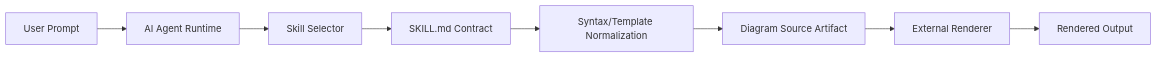
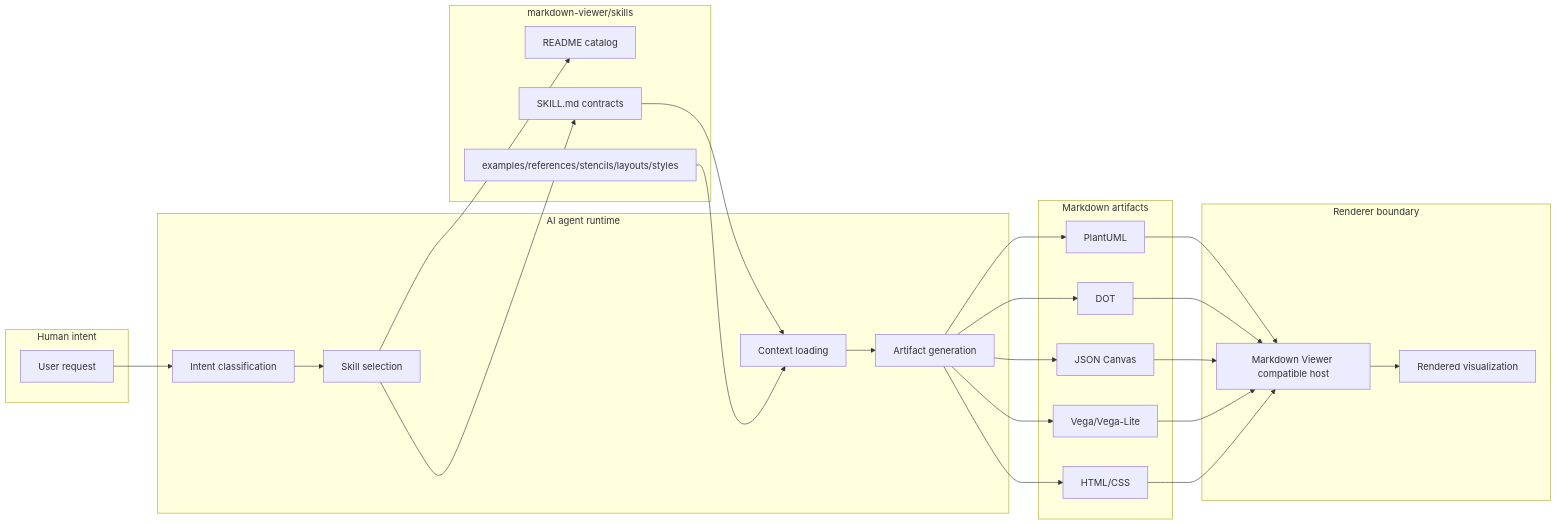
The first of 2 diagrams in markdown-viewer-architecture-study/research_report.md (Martin-Mythos/research), drawn with Mermaid before and after one commit. The commit also changed other lines of this file and 12 other files, not shown here.

Commit message:
Improve markdown-viewer architecture study evidence

````diff
--- a/markdown-viewer-architecture-study/research_report.md
+++ b/markdown-viewer-architecture-study/research_report.md
@@ -16,10 +43,36 @@
 ```mermaid
 flowchart LR
-    U[User Prompt] --> A[AI Agent Runtime]
-    A --> C[Skill Selector]
-    C --> S[SKILL.md Contract]
-    S --> N[Syntax/Template Normalization]
-    N --> O[Diagram Source Artifact]
-    O --> R[External Renderer]
-    R --> V[Rendered Output]
+    subgraph Human[Human intent]
+        U[User request]
+    end
+    subgraph Agent[AI agent runtime]
+        RQ[Intent classification]
+        SEL[Skill selection]
+        CTX[Context loading]
+        GEN[Artifact generation]
+    end
+    subgraph Repo[markdown-viewer/skills]
+        CAT[README catalog]
+        SK[SKILL.md contracts]
+        SUP[examples/references/stencils/layouts/styles]
+    end
+    subgraph Output[Markdown artifacts]
+        A1[PlantUML]
+        A2[DOT]
+        A3[JSON Canvas]
+        A4[Vega/Vega-Lite]
+        A5[HTML/CSS]
+    end
+    subgraph External[Renderer boundary]
+        MV[Markdown Viewer compatible host]
+        V[Rendered visualization]
+    end
+    U --> RQ --> SEL
+    SEL --> CAT
+    SEL --> SK
+    SK --> CTX
+    SUP --> CTX
+    CTX --> GEN
+    GEN --> A1 & A2 & A3 & A4 & A5
+    A1 & A2 & A3 & A4 & A5 --> MV --> V
 ```
````
